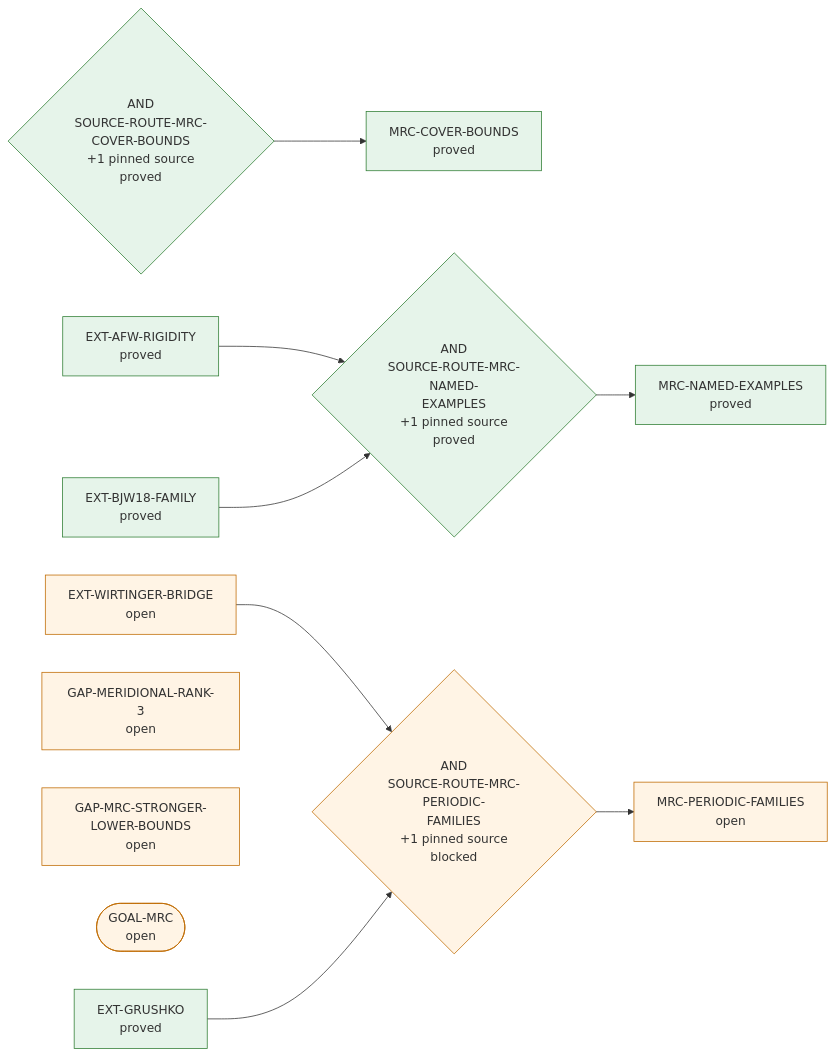
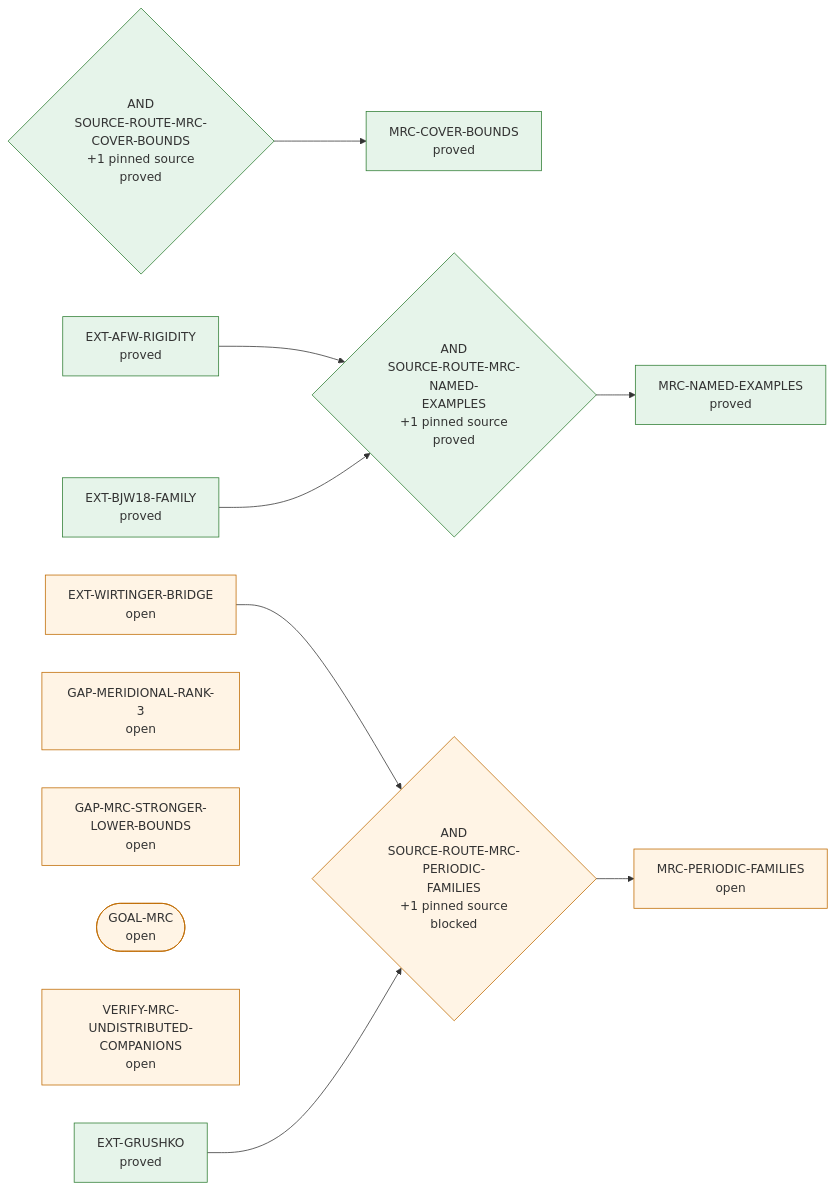
One commit to royvanrijn/jacobian-research changed the sixth of 8 diagrams in research/DEPENDENCIES.md. Above: the diagram before and after it, drawn with Mermaid. The commit also changed other lines of this file and 29 other files, not shown here.

````diff
--- a/research/DEPENDENCIES.md
+++ b/research/DEPENDENCIES.md
@@ -631,42 +1941,44 @@
 ```mermaid
 flowchart LR
   n0["EXT-AFW-RIGIDITY<br/>proved"]
   class n0 proved
   n1["EXT-BJW18-FAMILY<br/>proved"]
   class n1 proved
   n2["EXT-GRUSHKO<br/>proved"]
   class n2 proved
   n3["EXT-WIRTINGER-BRIDGE<br/>open"]
   class n3 open
   n4["GAP-MERIDIONAL-RANK-3<br/>open"]
   class n4 open
   n5["GAP-MRC-STRONGER-LOWER-BOUNDS<br/>open"]
   class n5 open
   n6(["GOAL-MRC<br/>open"])
   class n6 open
-  n7["MRC-COVER-BOUNDS<br/>proved"]
-  class n7 proved
-  n8["MRC-NAMED-EXAMPLES<br/>proved"]
+  n7["VERIFY-MRC-UNDISTRIBUTED-<br/>COMPANIONS<br/>open"]
+  class n7 open
+  n8["MRC-COVER-BOUNDS<br/>proved"]
   class n8 proved
-  n9["MRC-PERIODIC-FAMILIES<br/>open"]
-  class n9 open
+  n9["MRC-NAMED-EXAMPLES<br/>proved"]
+  class n9 proved
+  n10["MRC-PERIODIC-FAMILIES<br/>open"]
+  class n10 open
   r0{"AND<br/>SOURCE-ROUTE-MRC-COVER-BOUNDS<br/>+1 pinned source<br/>proved"}
   class r0 proved
-  r0 --> n7
+  r0 --> n8
   r1{"AND<br/>SOURCE-ROUTE-MRC-NAMED-<br/>EXAMPLES<br/>+1 pinned source<br/>proved"}
   class r1 proved
   n0 --> r1
   n1 --> r1
-  r1 --> n8
+  r1 --> n9
   r2{"AND<br/>SOURCE-ROUTE-MRC-PERIODIC-<br/>FAMILIES<br/>+1 pinned source<br/>blocked"}
   class r2 open
   n3 --> r2
   n2 --> r2
-  r2 --> n9
+  r2 --> n10
   classDef proved fill:#e6f4ea,stroke:#2e7d32
   classDef conditional fill:#fff8e1,stroke:#a66b00
   classDef open fill:#fff4e5,stroke:#bf6a00
   classDef stale fill:#fce8e6,stroke:#c62828
   classDef falsified fill:#ffebee,stroke:#8e0000
   classDef unmapped fill:#f1f3f4,stroke:#607d8b
 ```
````
